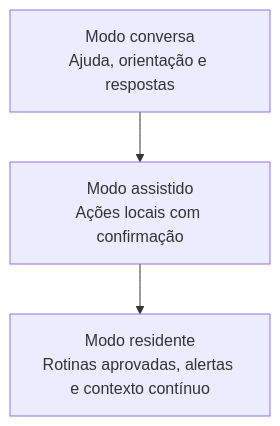
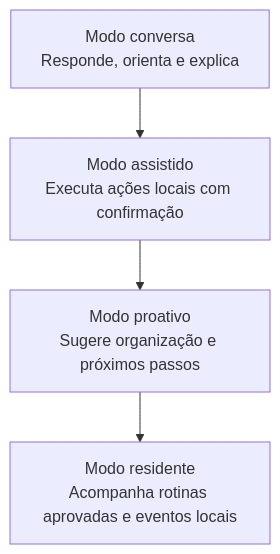
One commit to BrunoDanielPF/argos-assistant changed the ninth of 9 diagrams in README.md. Above: the diagram before and after it, drawn with Mermaid. The commit also changed other lines of this file, not shown here.

````diff
--- a/README.md
+++ b/README.md
@@ -210,5 +324,6 @@
 ```mermaid
 flowchart TB
-    conversation["Modo conversa\nAjuda, orientação e respostas"] --> assisted["Modo assistido\nAções locais com confirmação"]
-    assisted --> resident["Modo residente\nRotinas aprovadas, alertas e contexto contínuo"]
+    conversation["Modo conversa<br/>Responde, orienta e explica"] --> assisted["Modo assistido<br/>Executa ações locais com confirmação"]
+    assisted --> proactive["Modo proativo<br/>Sugere organização e próximos passos"]
+    proactive --> resident["Modo residente<br/>Acompanha rotinas aprovadas e eventos locais"]
 ```
````
